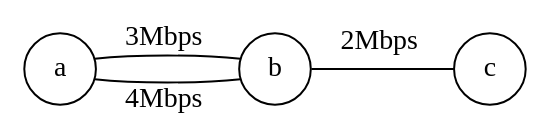
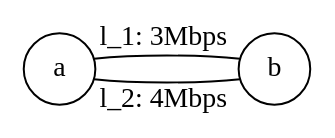
The diagram in dot/sample.dot (Dominic--/Networking), drawn with Graphviz before and after one commit. The commit also changed 44 other files, not shown here.

```diff
--- a/dot/sample.dot
+++ b/dot/sample.dot
@@ -1,11 +1,9 @@
 graph g1 {
     node [shape = circle];
     layout="circo";
     rankdir="LR";
     N0 [ label = "a" ]
     N1 [ label = "b" ]
-    N2 [ label = "c" ]
-    N0 -- N1 [ headlabel = "3Mbps" labeldistance=4 labelangle=-10 ];
-    N0 -- N1 [ headlabel = "4Mbps" labeldistance=4 labelangle=10 ];
-    N1 -- N2 [ headlabel = "2Mbps" labeldistance=4 labelangle=-20 ];
+    N0 -- N1 [ headlabel = "l_1: 3Mbps" labeldistance=4 labelangle=-10 ];
+    N0 -- N1 [ headlabel = "l_2: 4Mbps" labeldistance=4 labelangle=10 ];
 }
```
